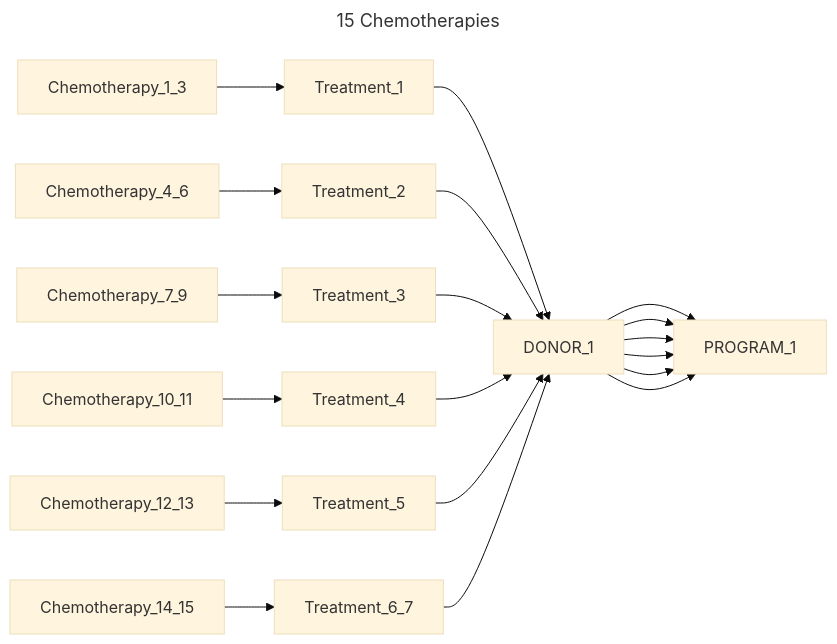
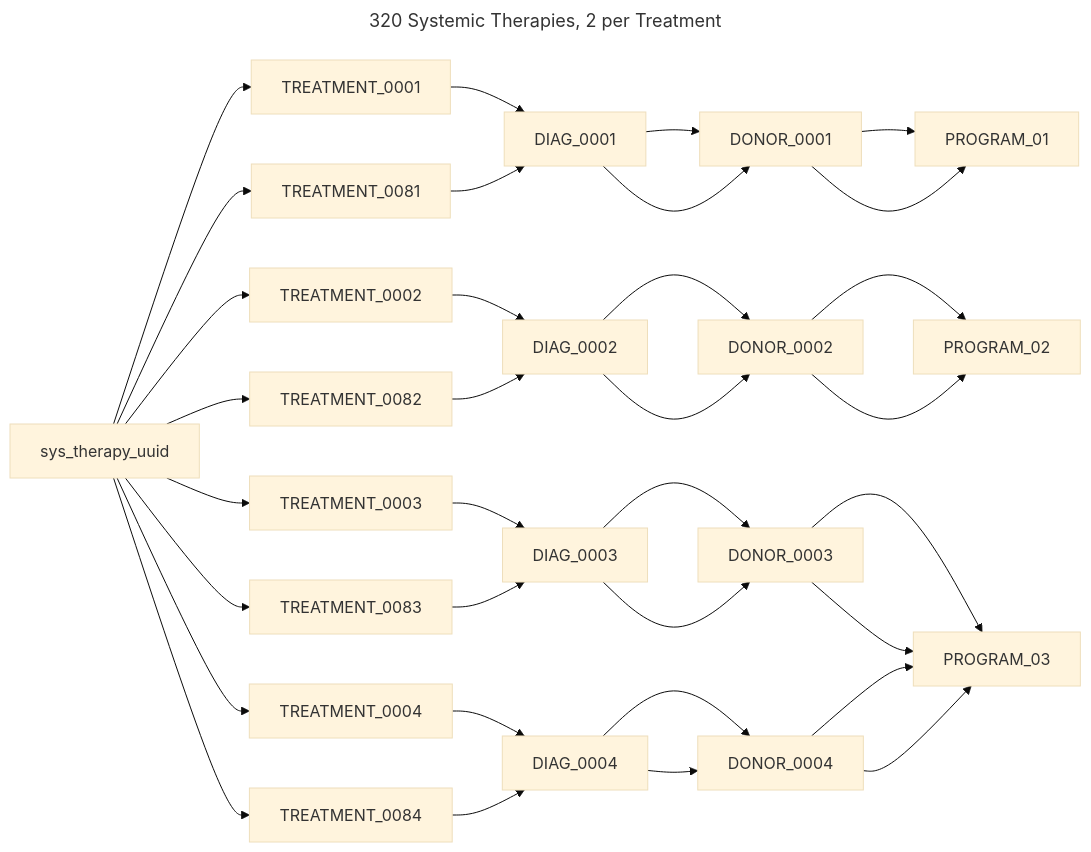
One commit to CanDIG/katsu changed the sixth of 14 diagrams in chord_metadata_service/mohpackets/data/small_dataset/README.md. Above: the diagram before and after it, drawn with Mermaid (base theme). The commit also changed other lines of this file and 2 other files, not shown here.

Commit message:
check graphs

````diff
--- a/chord_metadata_service/mohpackets/data/small_dataset/README.md
+++ b/chord_metadata_service/mohpackets/data/small_dataset/README.md
@@ -112,12 +110,14 @@
 ```mermaid
 ---
-title: 15 Chemotherapies
+title: 320 Systemic Therapies, 2 per Treatment
 ---
 graph LR;  
-  Chemotherapy_1_3 --> Treatment_1 --> DONOR_1 --> PROGRAM_1;  
-  Chemotherapy_4_6 --> Treatment_2 --> DONOR_1 --> PROGRAM_1;  
-  Chemotherapy_7_9 --> Treatment_3 --> DONOR_1 --> PROGRAM_1;
-  Chemotherapy_10_11 --> Treatment_4 --> DONOR_1 --> PROGRAM_1;
-  Chemotherapy_12_13 --> Treatment_5 --> DONOR_1 --> PROGRAM_1;
-  Chemotherapy_14_15 --> Treatment_6_7 --> DONOR_1 --> PROGRAM_1;
+  sys_therapy_uuid --> TREATMENT_0001 --> DIAG_0001 --> DONOR_0001 --> PROGRAM_01;
+  sys_therapy_uuid --> TREATMENT_0081 --> DIAG_0001 --> DONOR_0001 --> PROGRAM_01;  
+  sys_therapy_uuid --> TREATMENT_0002 --> DIAG_0002 --> DONOR_0002 --> PROGRAM_02; 
+  sys_therapy_uuid --> TREATMENT_0082 --> DIAG_0002 --> DONOR_0002 --> PROGRAM_02;  
+  sys_therapy_uuid --> TREATMENT_0003 --> DIAG_0003 --> DONOR_0003 --> PROGRAM_03; 
+  sys_therapy_uuid --> TREATMENT_0083 --> DIAG_0003 --> DONOR_0003 --> PROGRAM_03; 
+  sys_therapy_uuid --> TREATMENT_0004 --> DIAG_0004 --> DONOR_0004 --> PROGRAM_03; 
+  sys_therapy_uuid --> TREATMENT_0084 --> DIAG_0004 --> DONOR_0004 --> PROGRAM_03; 
 ```
````
